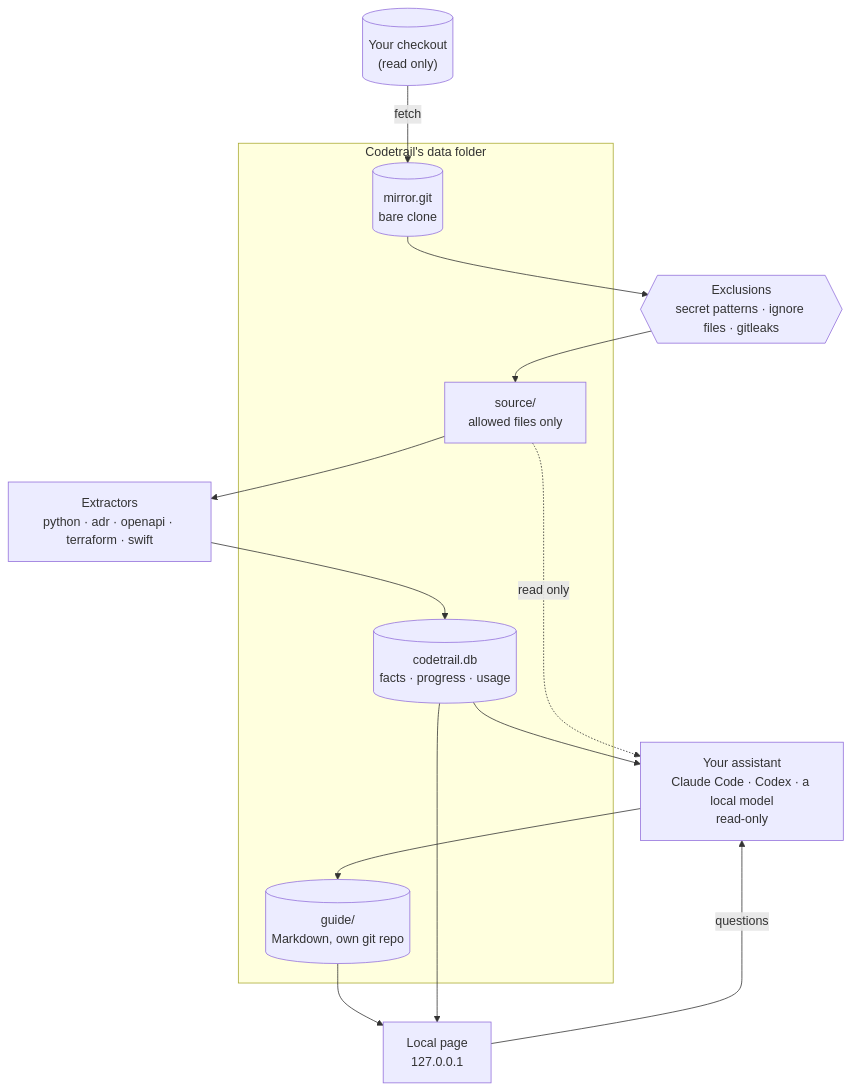
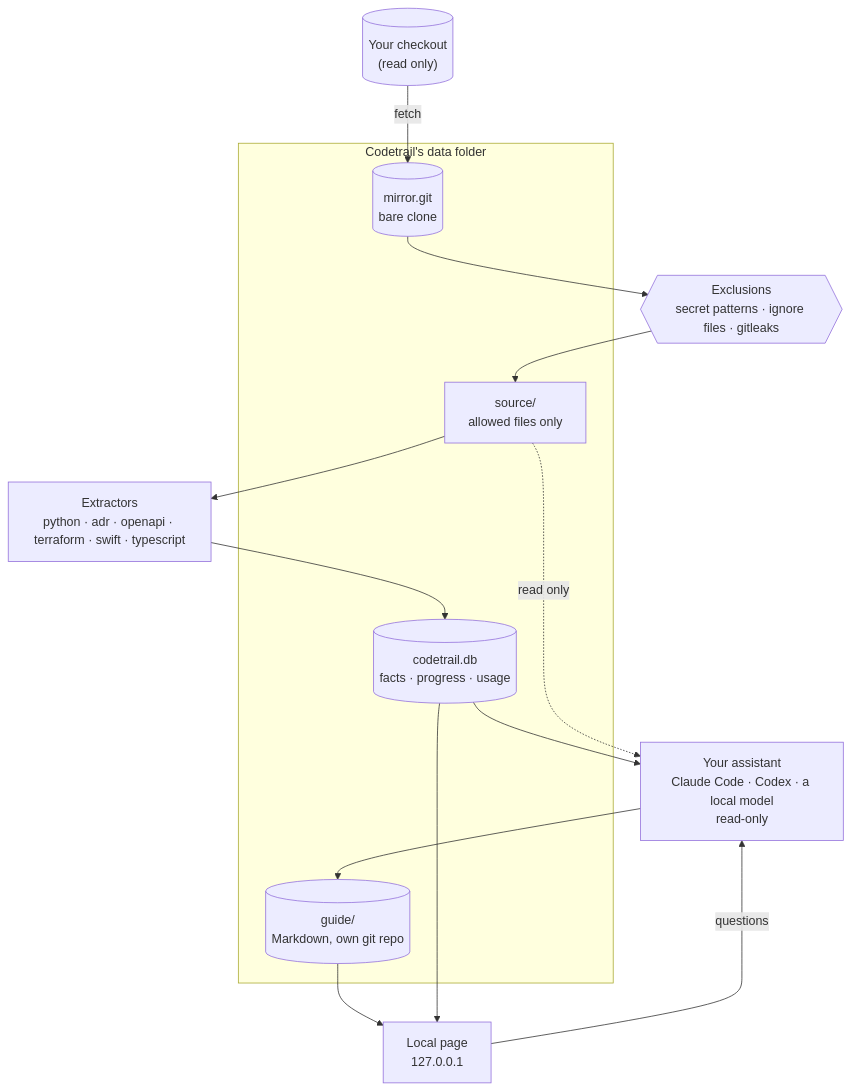
Before and after one commit to mohamed-abdelsattar92/codetrail: the first of 5 diagrams in README.md, drawn with Mermaid. The commit also changed 7 other files, not shown here.

````diff
--- a/README.md
+++ b/README.md
@@ -93,24 +93,24 @@
 ```mermaid
 flowchart TB
     checkout[("Your checkout<br/>(read only)")]
     subgraph data["Codetrail's data folder"]
         mirror[("mirror.git<br/>bare clone")]
         source["source/<br/>allowed files only"]
         db[("codetrail.db<br/>facts · progress · usage")]
         guide[("guide/<br/>Markdown, own git repo")]
     end
     rules{{"Exclusions<br/>secret patterns · ignore files · gitleaks"}}
-    extract["Extractors<br/>python · adr · openapi · terraform · swift"]
+    extract["Extractors<br/>python · adr · openapi · terraform · swift · typescript"]
     assistant["Your assistant<br/>Claude Code · Codex · a local model<br/>read-only"]
     page["Local page<br/>127.0.0.1"]
 
     checkout -- fetch --> mirror
     mirror --> rules --> source
     source --> extract --> db
     db --> assistant
     source -. read only .-> assistant
     assistant --> guide
     guide --> page
     db --> page
     page -- questions --> assistant
 ```
````
